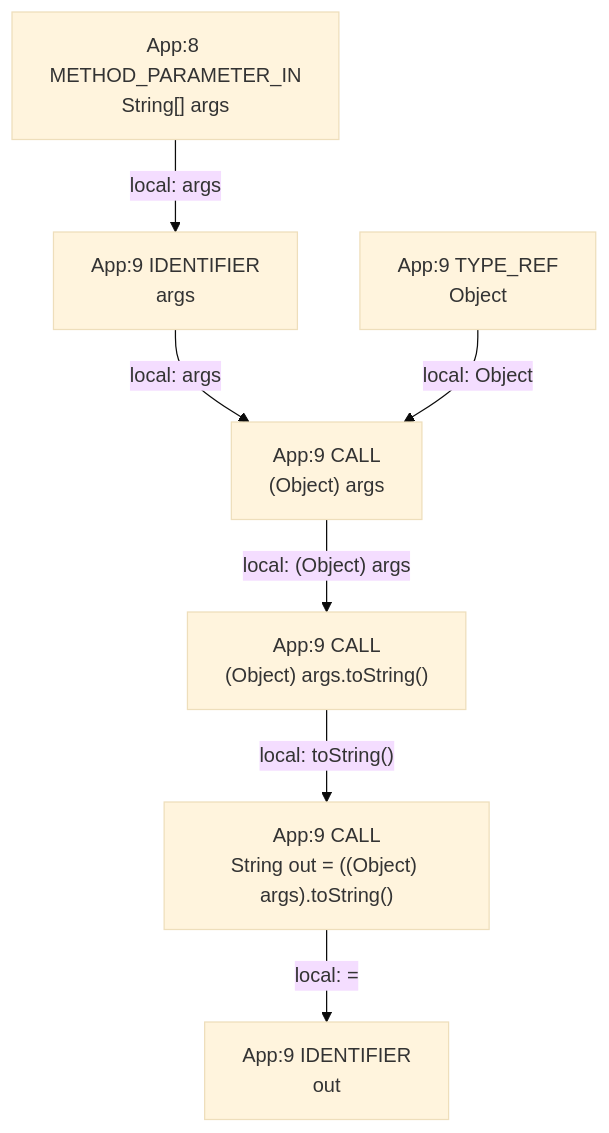
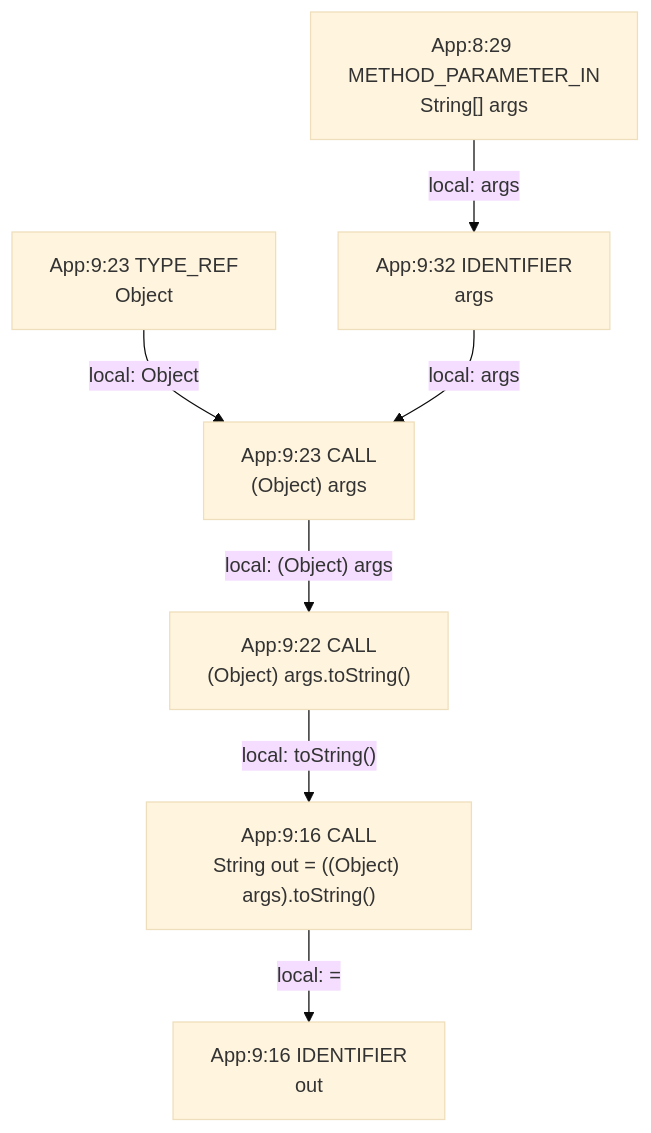
The diagram in app/src/test/resources/unmodelledReceiver/spike-truth.md (gstiebler/codeflow), drawn with Mermaid (base theme) before and after one commit. The commit also changed 154 other files, not shown here.

````diff
--- a/app/src/test/resources/unmodelledReceiver/spike-truth.md
+++ b/app/src/test/resources/unmodelledReceiver/spike-truth.md
@@ -3,16 +3,16 @@
 ```mermaid
 flowchart TD
-  n0["App:8 METHOD_PARAMETER_IN<br/>String[] args"]
-  n1["App:9 CALL<br/>(Object) args"]
-  n2["App:9 CALL<br/>(Object) args.toString()"]
-  n3["App:9 CALL<br/>String out = ((Object) args).toString()"]
-  n4["App:9 IDENTIFIER<br/>args"]
-  n5["App:9 IDENTIFIER<br/>out"]
-  n6["App:9 TYPE_REF<br/>Object"]
-  n0 -->|"local: args"| n4
-  n1 -->|"local: (Object) args"| n2
-  n2 -->|"local: toString()"| n3
-  n3 -->|"local: ="| n5
-  n4 -->|"local: args"| n1
-  n6 -->|"local: Object"| n1
+  n0["App:8:29 METHOD_PARAMETER_IN<br/>String[] args"]
+  n1["App:9:16 CALL<br/>String out = ((Object) args).toString()"]
+  n2["App:9:16 IDENTIFIER<br/>out"]
+  n3["App:9:22 CALL<br/>(Object) args.toString()"]
+  n4["App:9:23 CALL<br/>(Object) args"]
+  n5["App:9:23 TYPE_REF<br/>Object"]
+  n6["App:9:32 IDENTIFIER<br/>args"]
+  n0 -->|"local: args"| n6
+  n1 -->|"local: ="| n2
+  n3 -->|"local: toString()"| n1
+  n4 -->|"local: (Object) args"| n3
+  n5 -->|"local: Object"| n4
+  n6 -->|"local: args"| n4
 ```
````
